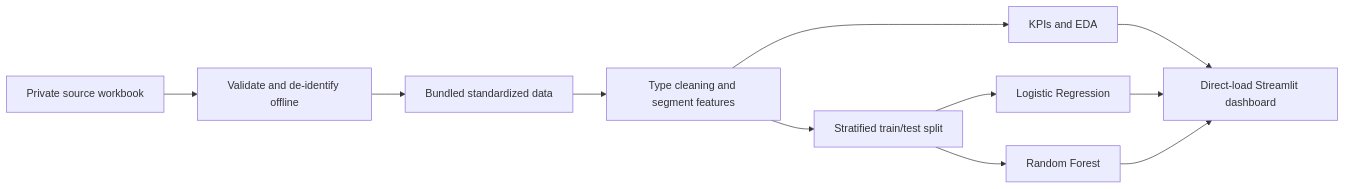
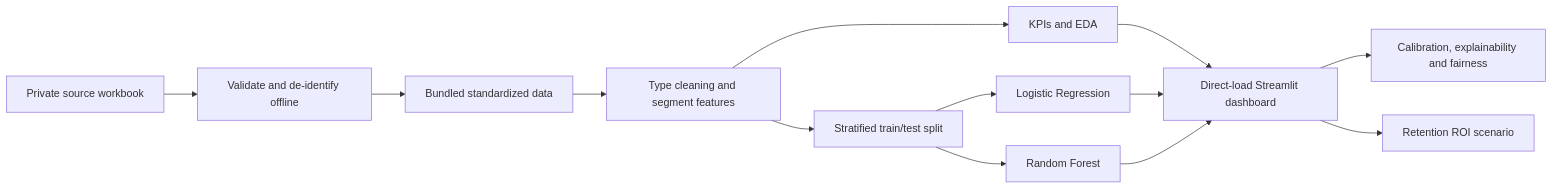
One commit to kamble-rahul/public-git-european-bank-churn-analytics changed the diagram in README.md. Above: the diagram before and after it, drawn with Mermaid. The commit also changed other lines of this file and 22 other files, not shown here.

Commit message:
Add model validation explainability and ROI analysis

````diff
--- a/README.md
+++ b/README.md
@@ -143,13 +162,15 @@
 ```mermaid
 flowchart LR
     A[Private source workbook] --> B[Validate and de-identify offline]
     B --> C[Bundled standardized data]
     C --> D[Type cleaning and segment features]
     D --> E[KPIs and EDA]
     D --> F[Stratified train/test split]
     F --> G[Logistic Regression]
     F --> H[Random Forest]
     E --> I[Direct-load Streamlit dashboard]
     G --> I
     H --> I
+    I --> J[Calibration, explainability and fairness]
+    I --> K[Retention ROI scenario]
 ```
````
